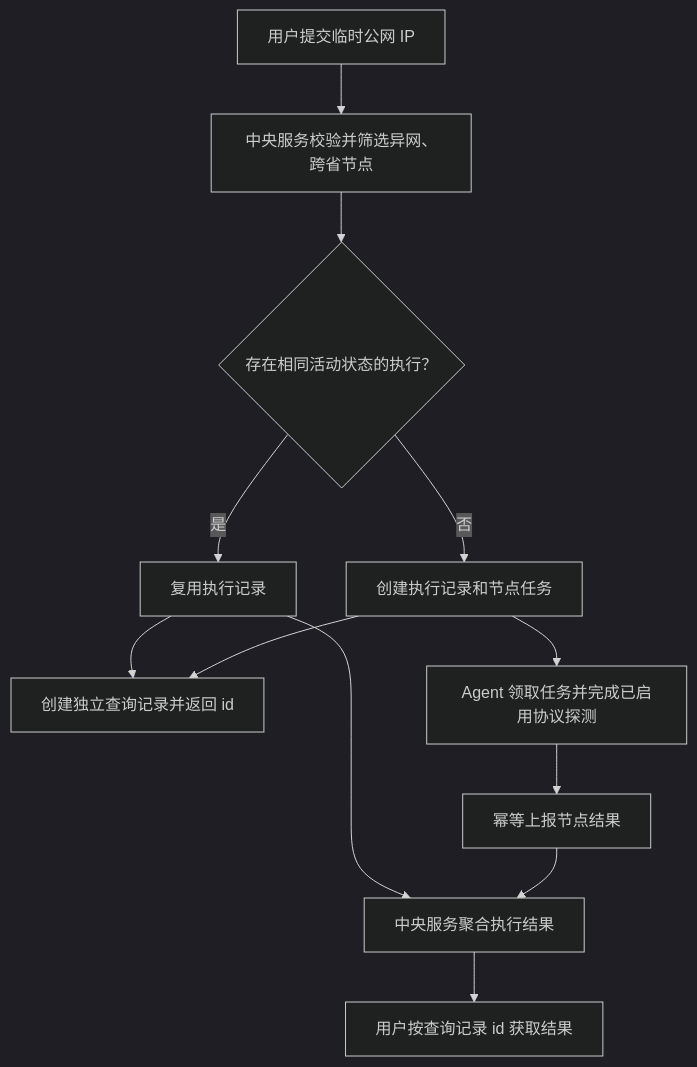
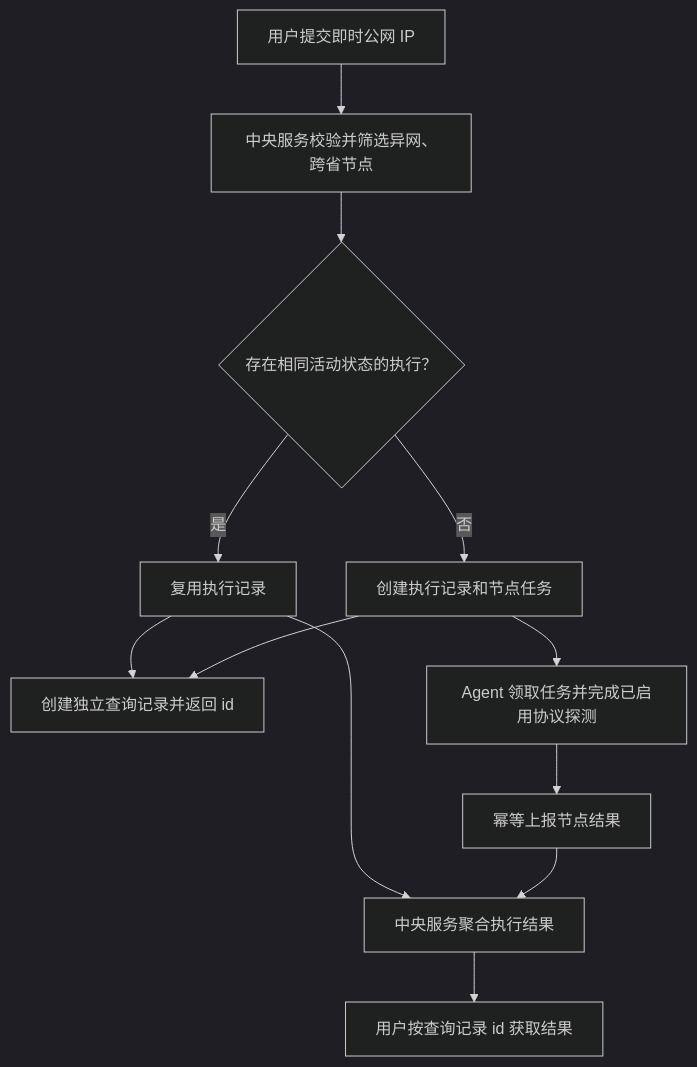
Before and after one commit to liyinred/NetPulse-xiaohe: the third of 3 diagrams in docs/system-design.md, drawn with Mermaid (dark theme). The commit also changed other lines of this file and 16 other files, not shown here.

````diff
--- a/docs/system-design.md
+++ b/docs/system-design.md
@@ -221,14 +221,14 @@
 ```mermaid
 flowchart TD
-    Submit["用户提交临时公网 IP"] --> Prepare["中央服务校验并筛选异网、跨省节点"]
+    Submit["用户提交即时公网 IP"] --> Prepare["中央服务校验并筛选异网、跨省节点"]
     Prepare --> Active{"存在相同活动状态的执行？"}
     Active -- 是 --> Reuse["复用执行记录"]
     Active -- 否 --> Create["创建执行记录和节点任务"]
     Reuse --> Query["创建独立查询记录并返回 id"]
     Create --> Query
     Create --> Probe["Agent 领取任务并完成已启用协议探测"]
     Probe --> Report["幂等上报节点结果"]
     Reuse --> Aggregate["中央服务聚合执行结果"]
     Report --> Aggregate
     Aggregate --> Result["用户按查询记录 id 获取结果"]
 ```
````
